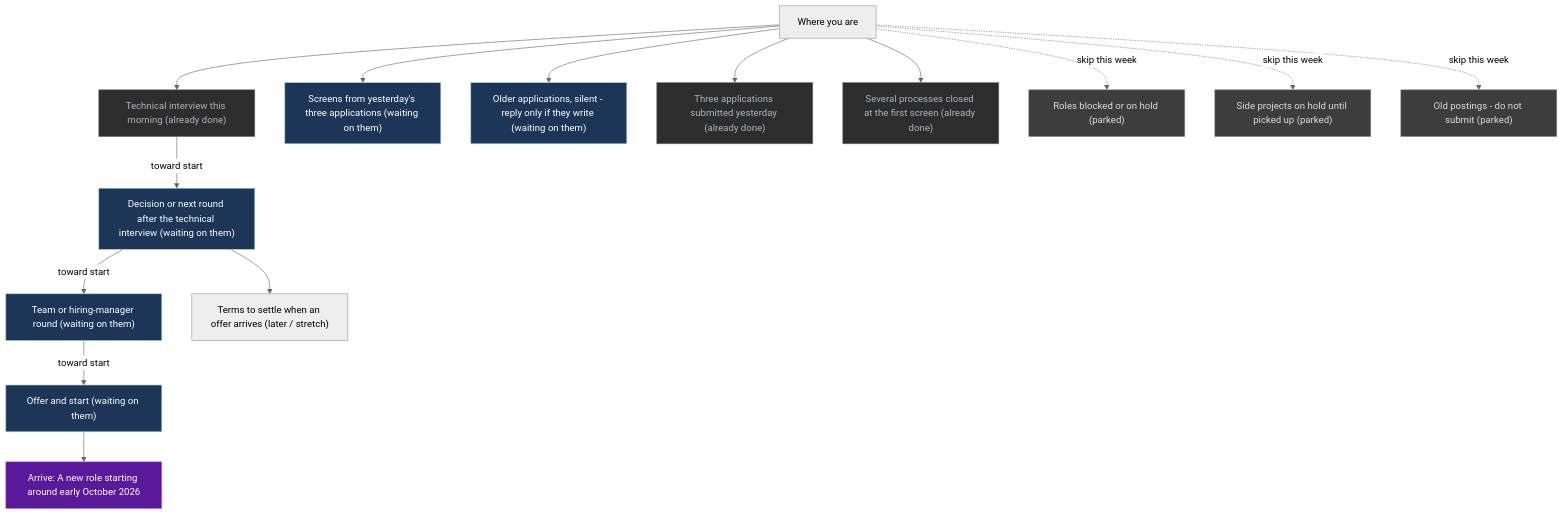
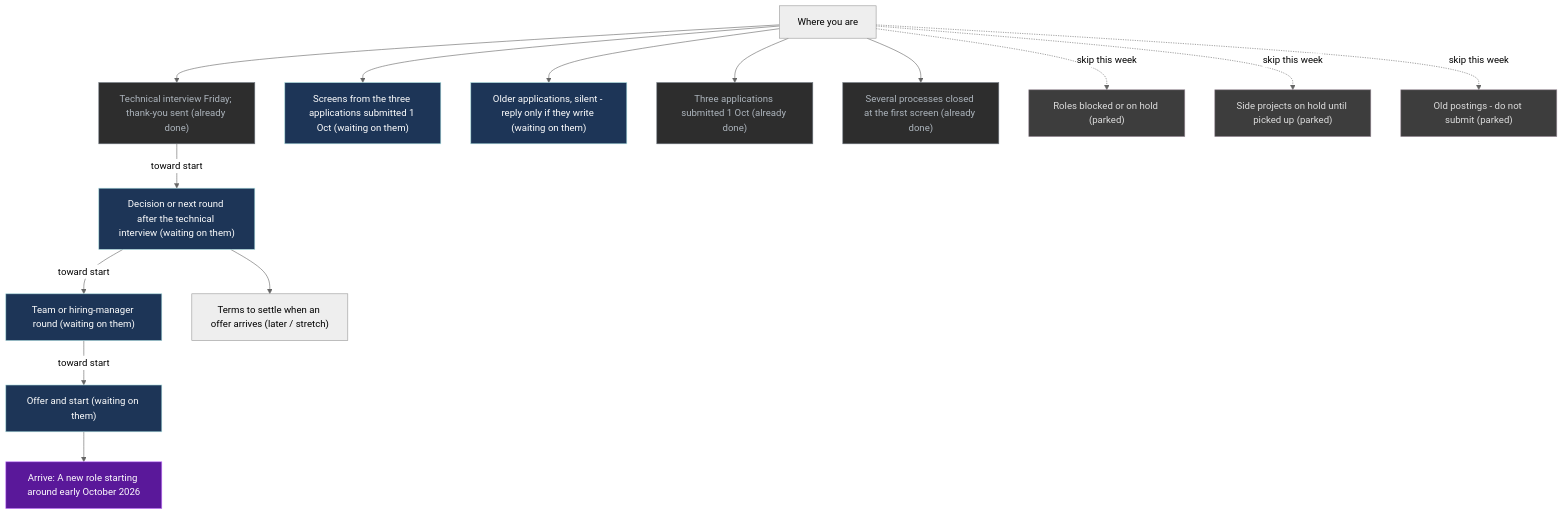
Before and after one commit to p10ns11y/life-os: the diagram in UI/Mission.md, drawn with Mermaid (neutral theme). The commit also changed other lines of this file, not shown here.

````diff
--- a/UI/Mission.md
+++ b/UI/Mission.md
@@ -66,39 +66,39 @@
 ```mermaid
 flowchart TB
   x["Where you are"]
   G["Arrive: A new role starting around early October 2026"]
-  S0["Technical interview this morning (already done)"]
+  S0["Technical interview Friday; thank-you sent (already done)"]
   S4["Decision or next round after the technical interview (waiting on them)"]
   S4b["Team or hiring-manager round (waiting on them)"]
   S5["Offer and start (waiting on them)"]
-  S6["Screens from yesterday's three applications (waiting on them)"]
+  S6["Screens from the three applications submitted 1 Oct (waiting on them)"]
   S1["Older applications, silent - reply only if they write (waiting on them)"]
   R1["Terms to settle when an offer arrives (later / stretch)"]
-  S3["Three applications submitted yesterday (already done)"]
+  S3["Three applications submitted 1 Oct (already done)"]
   D1["Several processes closed at the first screen (already done)"]
   P1["Roles blocked or on hold (parked)"]
   P2["Side projects on hold until picked up (parked)"]
   P3["Old postings - do not submit (parked)"]
   x --> S0
   S0 -->|"toward start"| S4
   S4 -->|"toward start"| S4b
   S4b -->|"toward start"| S5
   x --> S6
   x --> S1
   S4 --> R1
   x --> S3
   x --> D1
   x -.->|"skip this week"| P1
   x -.->|"skip this week"| P2
   x -.->|"skip this week"| P3
   S5 --> G
   classDef do fill:#1b4332,stroke:#95d5b2,color:#fff
   classDef wait fill:#1d3557,stroke:#a8dadc,color:#fff
   classDef park fill:#3d3d3d,stroke:#9a8c98,color:#ddd
   classDef done fill:#2d2d2d,stroke:#6c757d,color:#adb5bd
   classDef goal fill:#5a189a,stroke:#c77dff,color:#fff
   class G goal
   class S4,S4b,S5,S6,S1 wait
   class P1,P2,P3 park
   class S0,S3,D1 done
 ```
````
